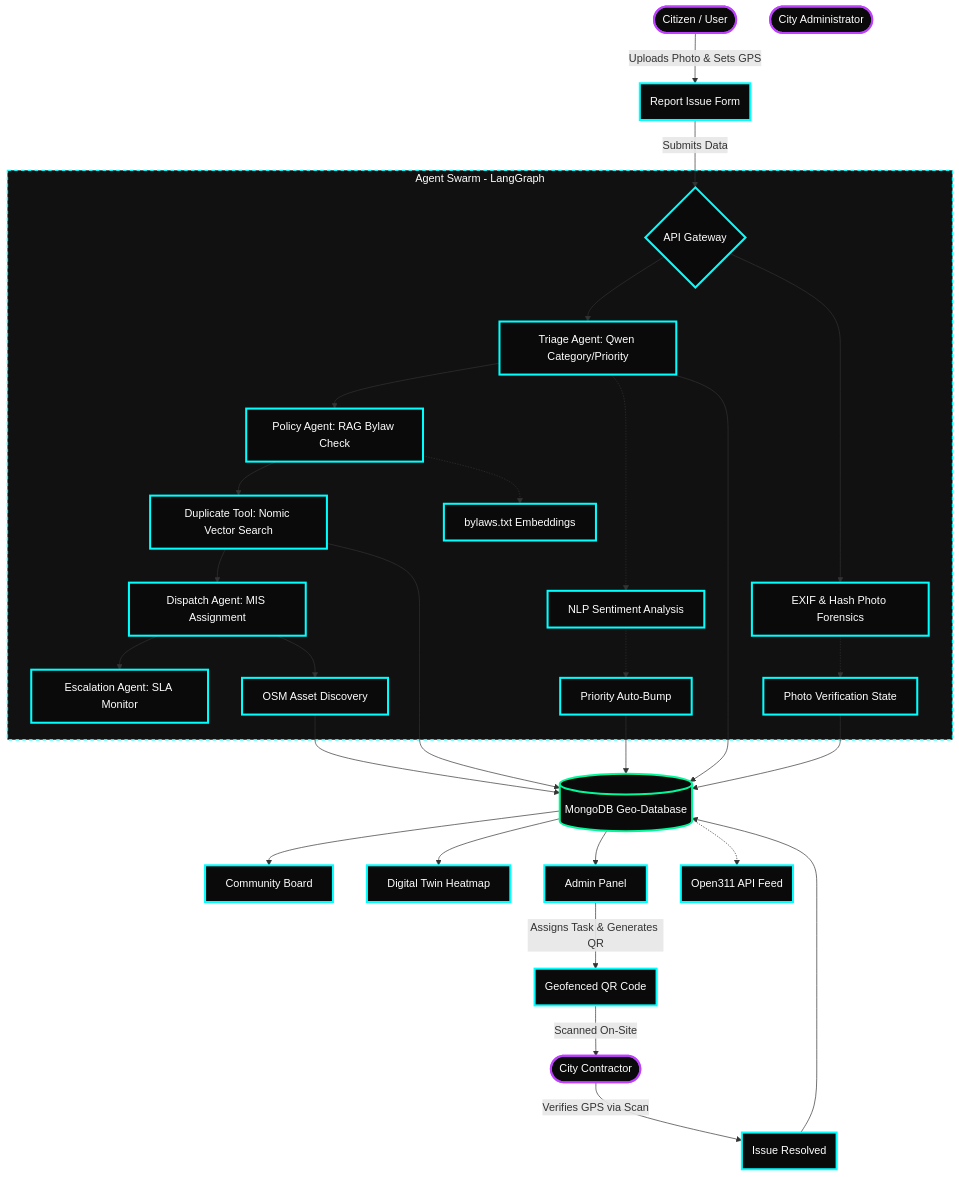
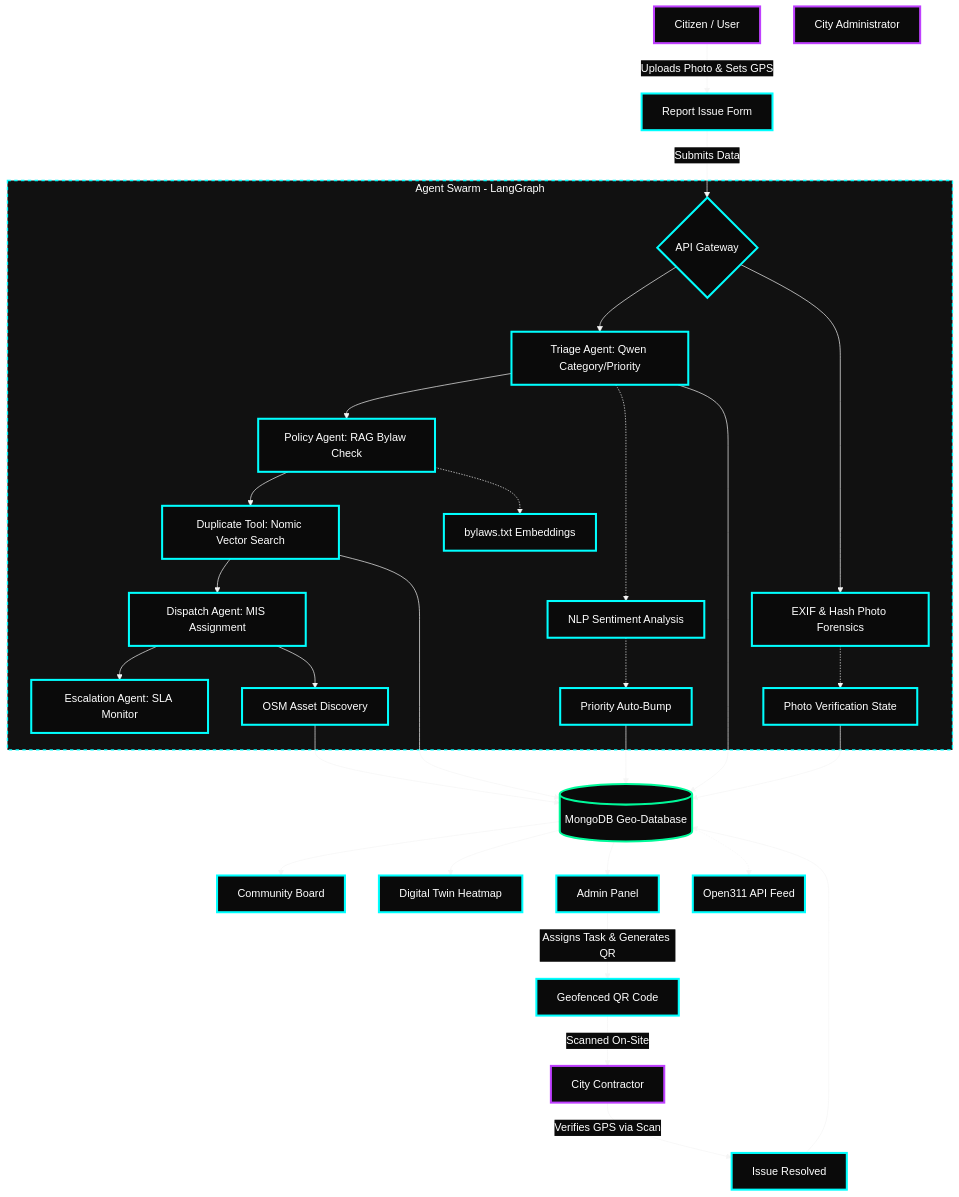
Before and after one commit to Ytrrs-CraftVerse/CityCare: the diagram in README.md, drawn with Mermaid.

Commit message:
docs: Fix mermaid diagram background color and rounded shapes

````diff
--- a/README.md
+++ b/README.md
@@ -90,57 +90,58 @@
 ```mermaid
+%%{init: {'theme': 'base', 'themeVariables': { 'background': '#0a0a0a', 'edgeLabelBackground': '#0a0a0a', 'primaryTextColor': '#ffffff', 'tertiaryTextColor': '#ffffff' }}}%%
 graph TD
     %% Roles
-    Citizen([Citizen / User])
-    Contractor([City Contractor])
-    Admin([City Administrator])
+    Citizen[Citizen / User]
+    Contractor[City Contractor]
+    Admin[City Administrator]
 
     %% Input Nodes
-    Citizen -- "Uploads Photo & Sets GPS" --> ReportForm(Report Issue Form)
+    Citizen -- "Uploads Photo & Sets GPS" --> ReportForm[Report Issue Form]
     ReportForm -- "Submits Data" --> Backend{API Gateway}
 
     %% Agent Swarm Pipeline (LangGraph)
     subgraph AgentSwarm [Agent Swarm - LangGraph]
         Backend --> TriageAgent[Triage Agent: Qwen Category/Priority]
         TriageAgent --> PolicyAgent[Policy Agent: RAG Bylaw Check]
         PolicyAgent --> DuplicateCheck[Duplicate Tool: Nomic Vector Search]
         DuplicateCheck --> DispatchAgent[Dispatch Agent: MIS Assignment]
         DispatchAgent --> EscalationAgent[Escalation Agent: SLA Monitor]
         
         TriageAgent -.-> Sentiment[NLP Sentiment Analysis]
         PolicyAgent -.-> KnowledgeBase[bylaws.txt Embeddings]
         Backend --> Forensics[EXIF & Hash Photo Forensics]
         DispatchAgent --> AssetDiscovery[OSM Asset Discovery]
         
         Sentiment -.-> Priority[Priority Auto-Bump]
         Forensics -.-> Verification[Photo Verification State]
     end
 
     %% Data Storage
     Priority --> DB[(MongoDB Geo-Database)]
     DuplicateCheck --> DB
     TriageAgent --> DB
     Verification --> DB
     AssetDiscovery --> DB
 
     %% Output & Management
     DB --> Dashboard[Community Board]
     DB --> DigitalTwin[Digital Twin Heatmap]
     DB --> AdminPanel[Admin Panel]
 
     %% Governance & Resolution
-    AdminPanel -- "Assigns Task & Generates QR" --> QRPayload(Geofenced QR Code)
+    AdminPanel -- "Assigns Task & Generates QR" --> QRPayload[Geofenced QR Code]
     QRPayload -- "Scanned On-Site" --> Contractor
-    Contractor -- "Verifies GPS via Scan" --> Resolution(Issue Resolved)
+    Contractor -- "Verifies GPS via Scan" --> Resolution[Issue Resolved]
     Resolution --> DB
     
     %% Output Feeds
     DB -.-> Open311(Open311 API Feed)
     
     classDef default fill:#0a0a0a,stroke:#0ff,stroke-width:3px,color:#fff,rx:0,ry:0;
     classDef database fill:#0a0a0a,stroke:#00fa9a,stroke-width:3px,color:#fff,rx:0,ry:0;
     classDef user fill:#0a0a0a,stroke:#bf40ff,stroke-width:3px,color:#fff,rx:0,ry:0;
     style AgentSwarm fill:#111,stroke:#0ff,stroke-width:2px,stroke-dasharray: 5 5,color:#fff;
     
     class Citizen,Contractor,Admin user;
     class DB database;
 ```
````
